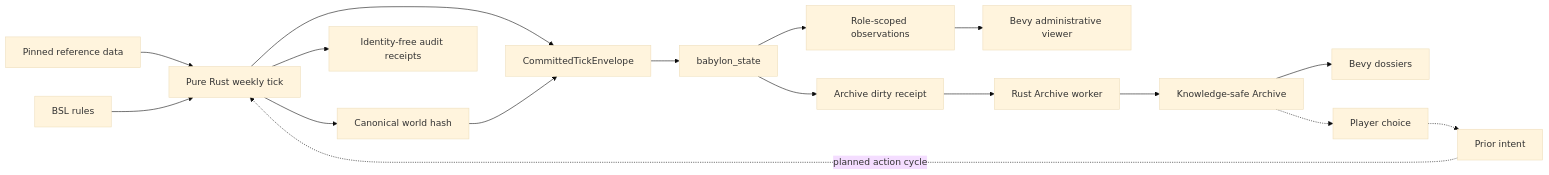
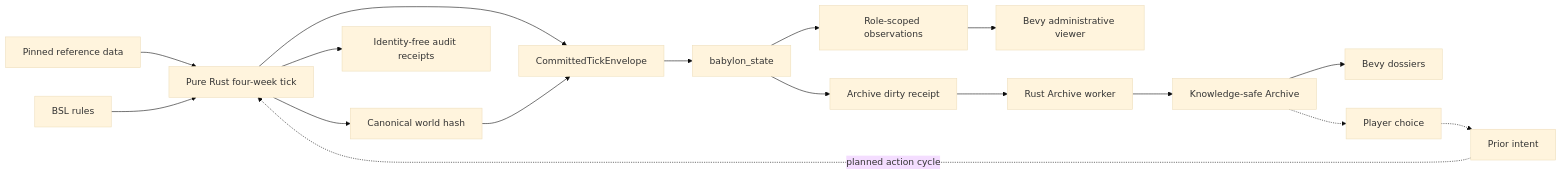
One commit to bogdanscarwash/babylon changed the diagram in NORTH_STAR.md. Above: the diagram before and after it, drawn with Mermaid (base theme). The commit also changed other lines of this file and 2287 other files, not shown here.

First line of the commit message:
refactor(runtime): make native four-week play and fast dev gates authoritative

````diff
--- a/NORTH_STAR.md
+++ b/NORTH_STAR.md
@@ -132,19 +133,19 @@
 ```mermaid
 flowchart LR
-    REF["Pinned reference data"] --> TICK["Pure Rust weekly tick"]
+    REF["Pinned reference data"] --> TICK["Pure Rust four-week tick"]
     BSL["BSL rules"] --> TICK
     INTENT["Prior intent"] -. "planned action cycle" .-> TICK
     TICK --> HASH["Canonical world hash"]
     TICK --> AUDIT["Identity-free audit receipts"]
     TICK --> ENV["CommittedTickEnvelope"]
     HASH --> ENV
     ENV --> STATE["babylon_state"]
     STATE --> READ["Role-scoped observations"]
     READ --> VIEW["Bevy administrative viewer"]
     STATE --> OUTBOX["Archive dirty receipt"]
     OUTBOX --> WORKER["Rust Archive worker"]
     WORKER --> ARCHIVE["Knowledge-safe Archive"]
     ARCHIVE --> DOSSIER["Bevy dossiers"]
     ARCHIVE -.-> CHOICE["Player choice"]
     CHOICE -.-> INTENT
 ```
````
